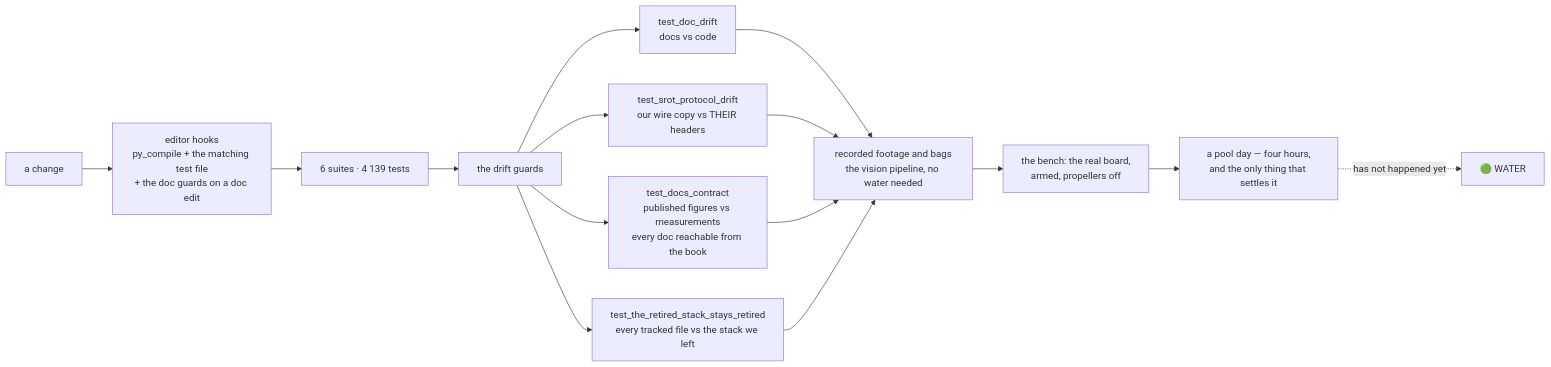
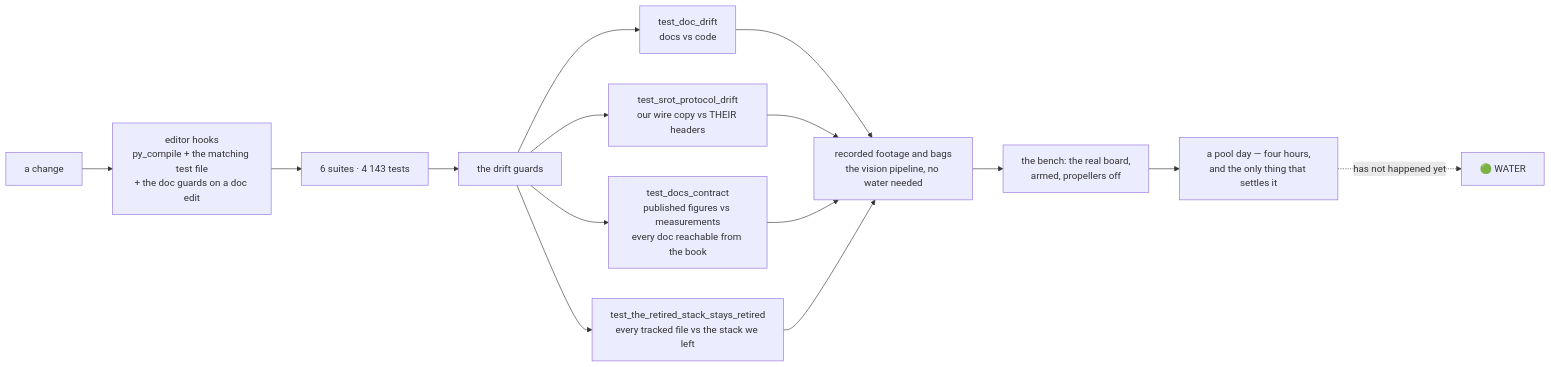
Before and after one commit to fh1m/mongla_ws: the ninth of 10 diagrams in README.md, drawn with Mermaid. The commit also changed other lines of this file and 17 other files, not shown here.

````diff
--- a/README.md
+++ b/README.md
@@ -788,17 +788,17 @@
 ```mermaid
 flowchart LR
     DEV["a change"] --> HOOK["editor hooks<br/>py_compile + the matching test file<br/>+ the doc guards on a doc edit"]
-    HOOK --> UNIT["6 suites · 4 139 tests"]
+    HOOK --> UNIT["6 suites · 4 143 tests"]
     UNIT --> GUARD["the drift guards"]
     GUARD --> G1["test_doc_drift<br/>docs vs code"]
     GUARD --> G2["test_srot_protocol_drift<br/>our wire copy vs THEIR headers"]
     GUARD --> G3["test_docs_contract<br/>published figures vs measurements<br/>every doc reachable from the book"]
     GUARD --> G4["test_the_retired_stack_stays_retired<br/>every tracked file vs the stack we left"]
     G1 --> REPLAY["recorded footage and bags<br/>the vision pipeline, no water needed"]
     G2 --> REPLAY
     G3 --> REPLAY
     G4 --> REPLAY
     REPLAY --> BENCH["the bench: the real board,<br/>armed, propellers off"]
     BENCH --> POOL["a pool day — four hours,<br/>and the only thing that settles it"]
     POOL -.->|"has not happened yet"| WATER["🟢 WATER"]
 ```
````
